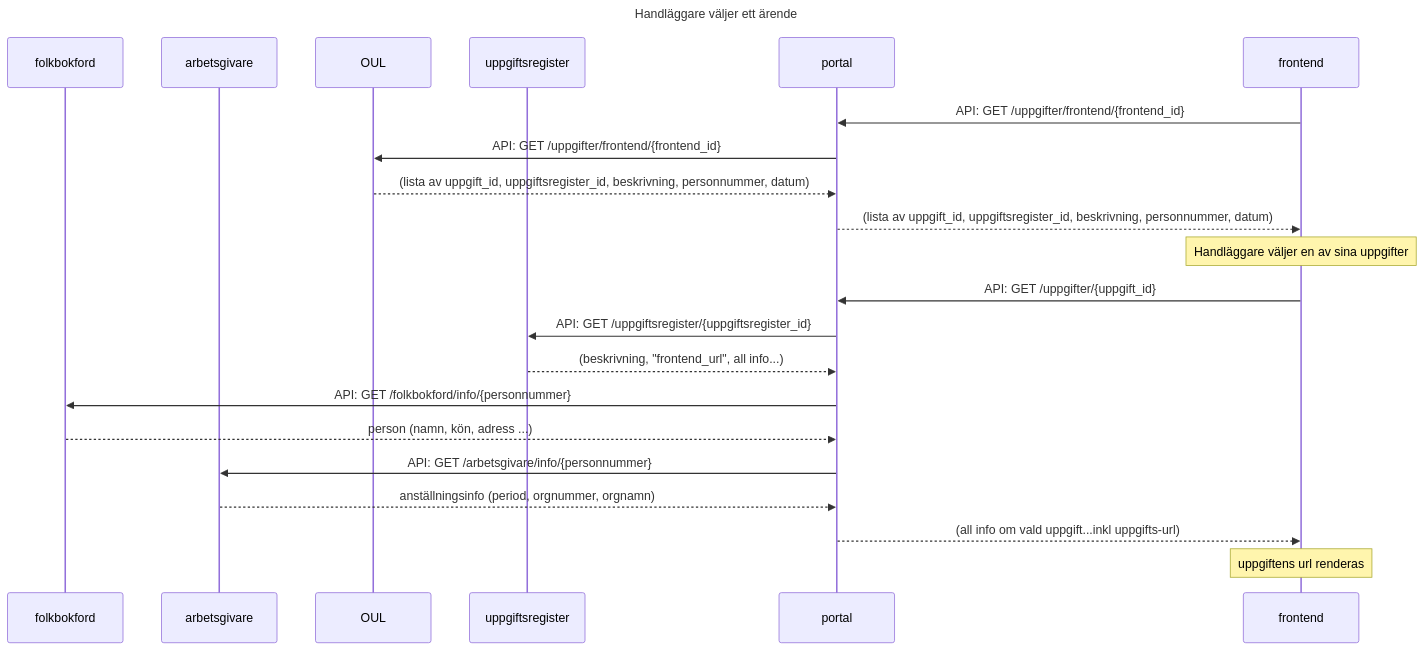
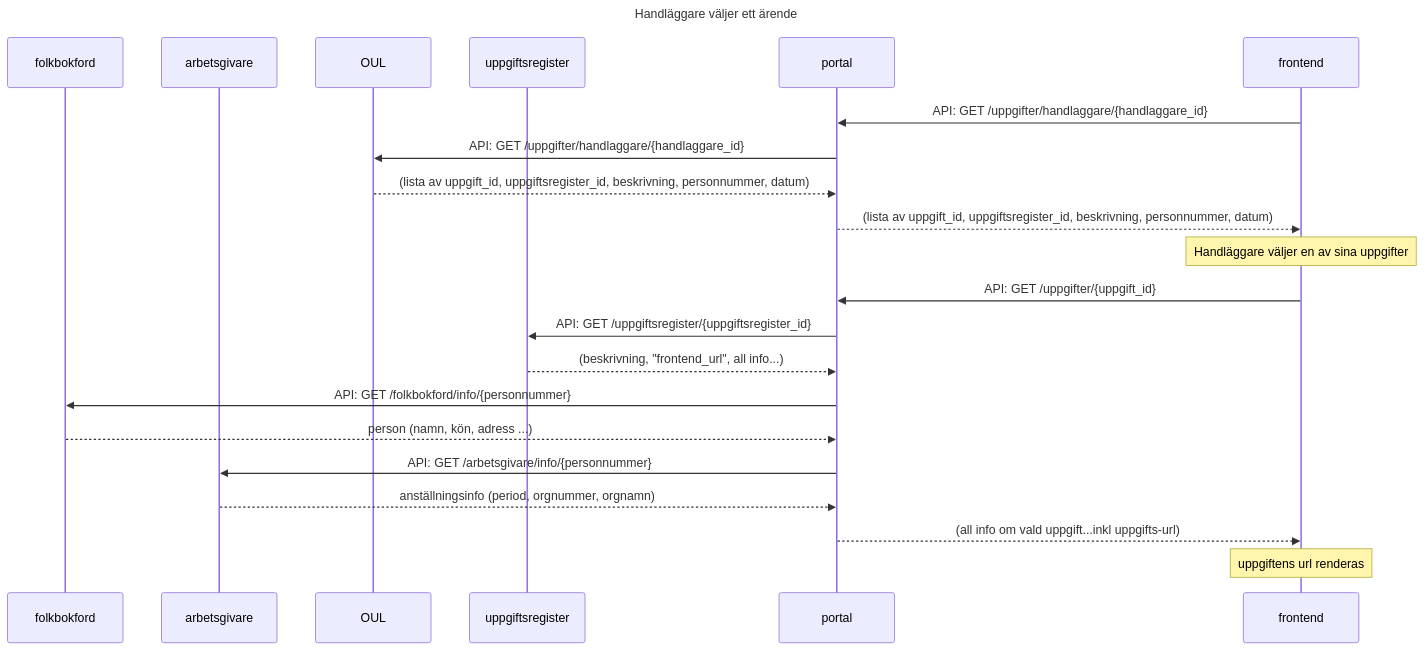
The diagram in sequences/handlaggare_lista_arenden.mmd (Forsakringskassan/rimfrost), drawn with Mermaid before and after one commit. The commit also changed 1 other file, not shown here.

Commit message:
fix: Rättade frontend->handlaggare (för våldsam search/replace i föregående commit)

```diff
--- a/sequences/handlaggare_lista_arenden.mmd
+++ b/sequences/handlaggare_lista_arenden.mmd
@@ -1,27 +1,27 @@
 sequenceDiagram
     title Handläggare väljer ett ärende
     participant folkbokford
     participant arbetsgivare
     participant OUL
     participant uppgiftsregister
     participant portal
     participant frontend
 
-    frontend ->> portal: API: GET /uppgifter/frontend/{frontend_id}
-    portal ->> OUL: API: GET /uppgifter/frontend/{frontend_id}
+    frontend ->> portal: API: GET /uppgifter/handlaggare/{handlaggare_id}
+    portal ->> OUL: API: GET /uppgifter/handlaggare/{handlaggare_id}
     OUL -->> portal: (lista av uppgift_id, uppgiftsregister_id, beskrivning, personnummer, datum)
     portal -->> frontend: (lista av uppgift_id, uppgiftsregister_id, beskrivning, personnummer, datum)
     note over frontend: Handläggare väljer en av sina uppgifter
     frontend ->> portal: API: GET /uppgifter/{uppgift_id}
 
     portal ->> uppgiftsregister: API: GET /uppgiftsregister/{uppgiftsregister_id}
     uppgiftsregister -->> portal: (beskrivning, "frontend_url", all info...)
 
     portal ->> folkbokford: API: GET /folkbokford/info/{personnummer}
     folkbokford -->> portal: person (namn, kön, adress ...)
 
     portal ->> arbetsgivare: API: GET /arbetsgivare/info/{personnummer}
     arbetsgivare -->> portal: anställningsinfo (period, orgnummer, orgnamn)
     portal -->> frontend: (all info om vald uppgift...inkl uppgifts-url)
 
     note over frontend: uppgiftens url renderas
```
